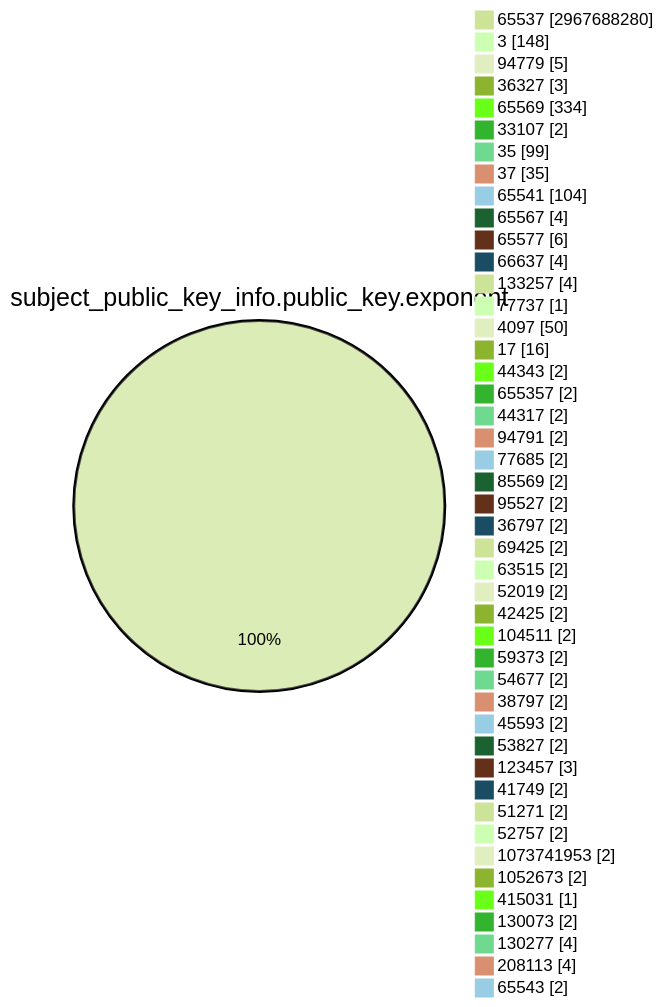
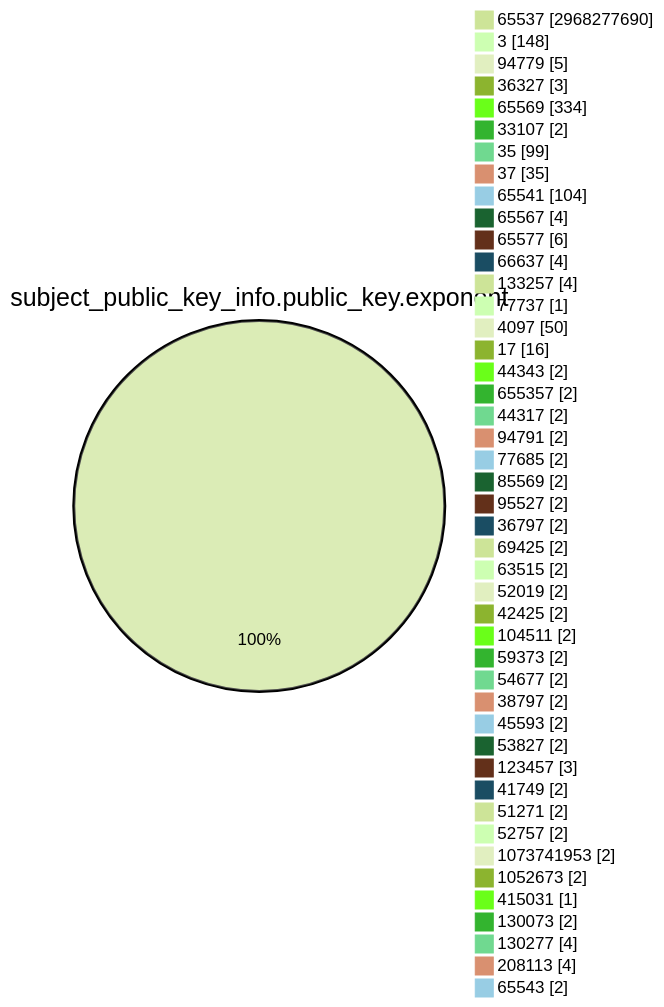
One commit to christiankrug/ctmonitor_visualization changed the fourth of 15 diagrams in TOTAL/README.md. Above: the diagram before and after it, drawn with Mermaid (forest theme). The commit also changed other lines of this file, not shown here.

````diff
--- a/TOTAL/README.md
+++ b/TOTAL/README.md
@@ -1471,49 +1471,49 @@
 ```mermaid
 pie showData
 title subject_public_key_info.public_key.exponent
-"65537" :2967688280
+"65537" :2968277690
 "3" :148
 "94779" :5
 "36327" :3
 "65569" :334
 "33107" :2
 "35" :99
 "37" :35
 "65541" :104
 "65567" :4
 "65577" :6
 "66637" :4
 "133257" :4
 "77737" :1
 "4097" :50
 "17" :16
 "44343" :2
 "655357" :2
 "44317" :2
 "94791" :2
 "77685" :2
 "85569" :2
 "95527" :2
 "36797" :2
 "69425" :2
 "63515" :2
 "52019" :2
 "42425" :2
 "104511" :2
 "59373" :2
 "54677" :2
 "38797" :2
 "45593" :2
 "53827" :2
 "123457" :3
 "41749" :2
 "51271" :2
 "52757" :2
 "1073741953" :2
 "1052673" :2
 "415031" :1
 "130073" :2
 "130277" :4
 "208113" :4
 "65543" :2
 ```
````
